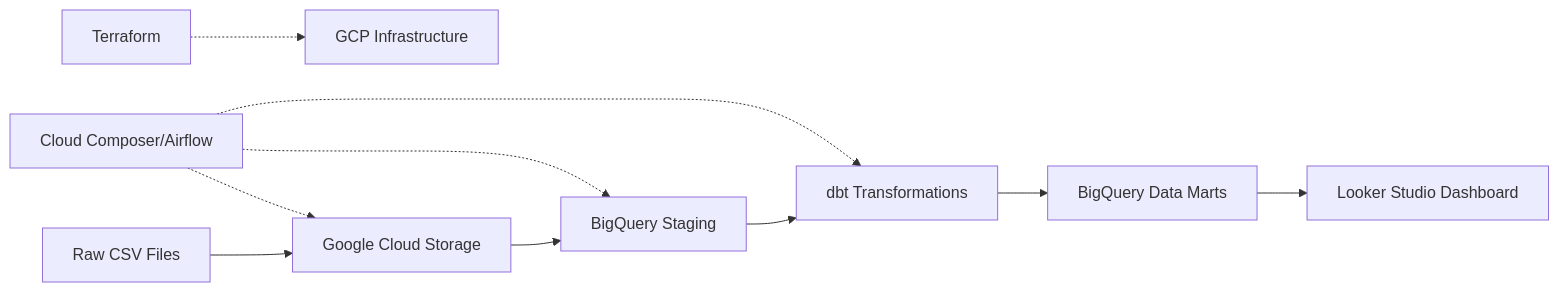
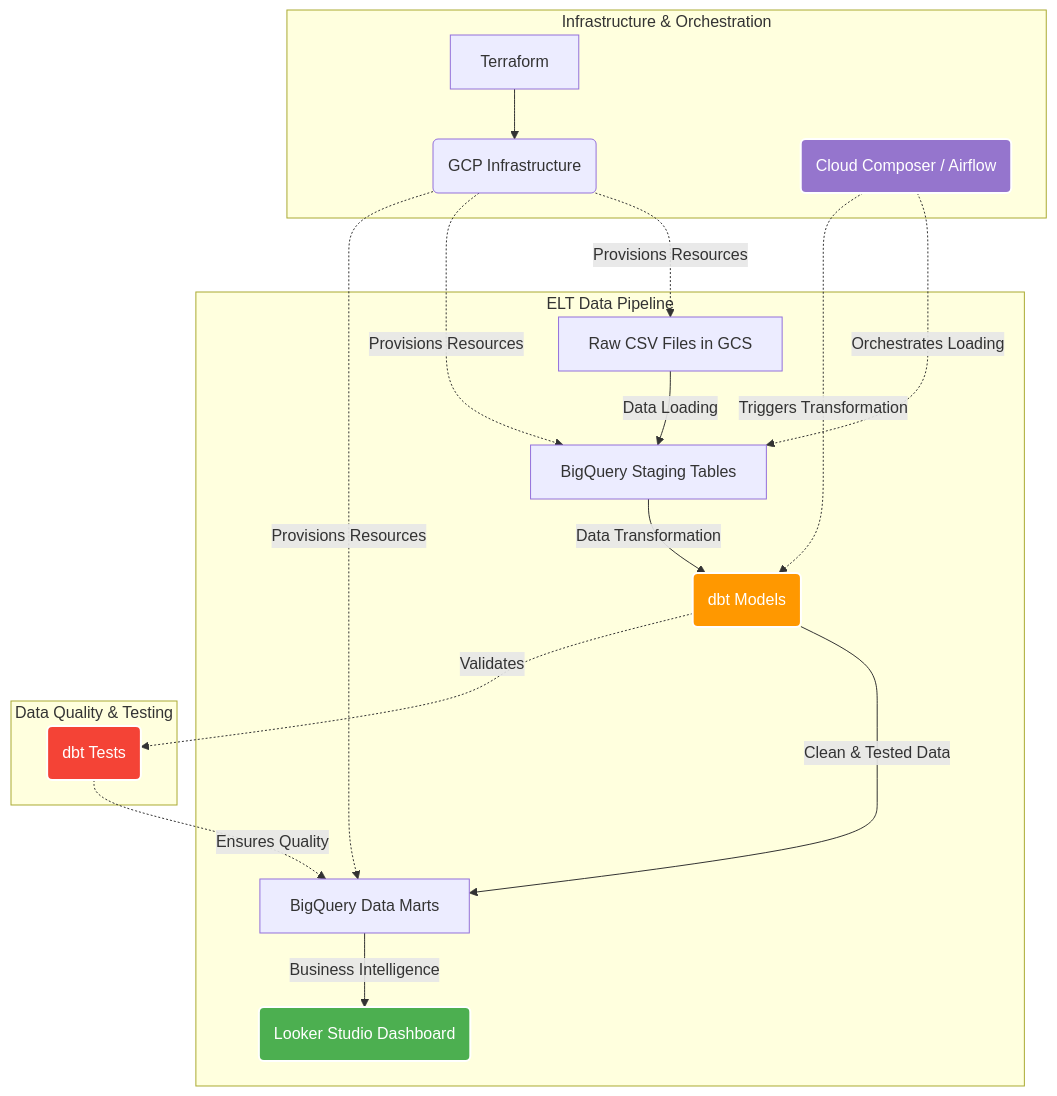
One commit to idabaguspurwa/Enterprise-Grade-Sales-and-Marketing-Data-Platform changed the diagram in README.md. Above: the diagram before and after it, drawn with Mermaid.

Commit message:
improving the mermaid diagram

````diff
--- a/README.md
+++ b/README.md
@@ -56,14 +56,31 @@
 ```mermaid
-graph LR
-    A[Raw CSV Files] --> B[Google Cloud Storage]
-    B --> C[BigQuery Staging]
-    C --> D[dbt Transformations]
-    D --> E[BigQuery Data Marts]
-    E --> F[Looker Studio Dashboard]
-    
-    G[Cloud Composer/Airflow] -.-> B
-    G -.-> C
-    G -.-> D
-    
-    H[Terraform] -.-> I[GCP Infrastructure]
+graph TD
+    subgraph "Infrastructure & Orchestration"
+        A[Terraform] --> B(GCP Infrastructure)
+        C(Cloud Composer / Airflow)
+    end
+
+    subgraph "ELT Data Pipeline"
+        D[Raw CSV Files in GCS] --> |Data Loading| E[BigQuery Staging Tables]
+        E --> |Data Transformation| F(dbt Models)
+        F --> |Clean & Tested Data| G[BigQuery Data Marts]
+        G --> |Business Intelligence| H(Looker Studio Dashboard)
+    end
+
+    subgraph "Data Quality & Testing"
+        I(dbt Tests)
+        F -.-> |Validates| I
+        I -.-> |Ensures Quality| G
+    end
+
+    C -.-> |Orchestrates Loading| E
+    C -.-> |Triggers Transformation| F
+    B -.-> |Provisions Resources| D
+    B -.-> |Provisions Resources| E
+    B -.-> |Provisions Resources| G
+
+    style C fill:#9575cd,stroke:#fff,stroke-width:2px,color:#fff
+    style F fill:#ff9800,stroke:#fff,stroke-width:2px,color:#fff
+    style H fill:#4caf50,stroke:#fff,stroke-width:2px,color:#fff
+    style I fill:#f44336,stroke:#fff,stroke-width:2px,color:#fff
 ```
````
